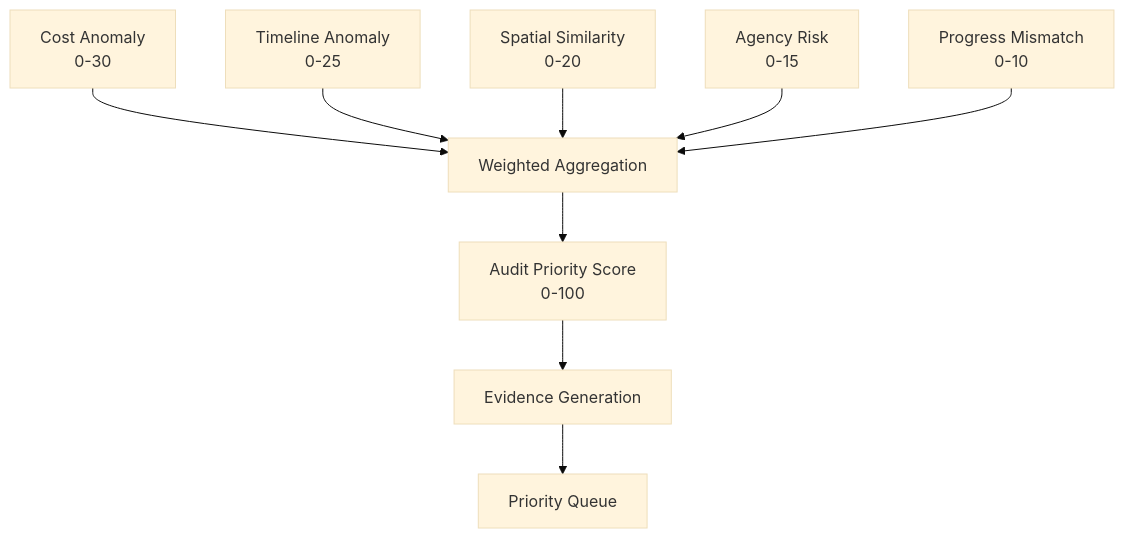
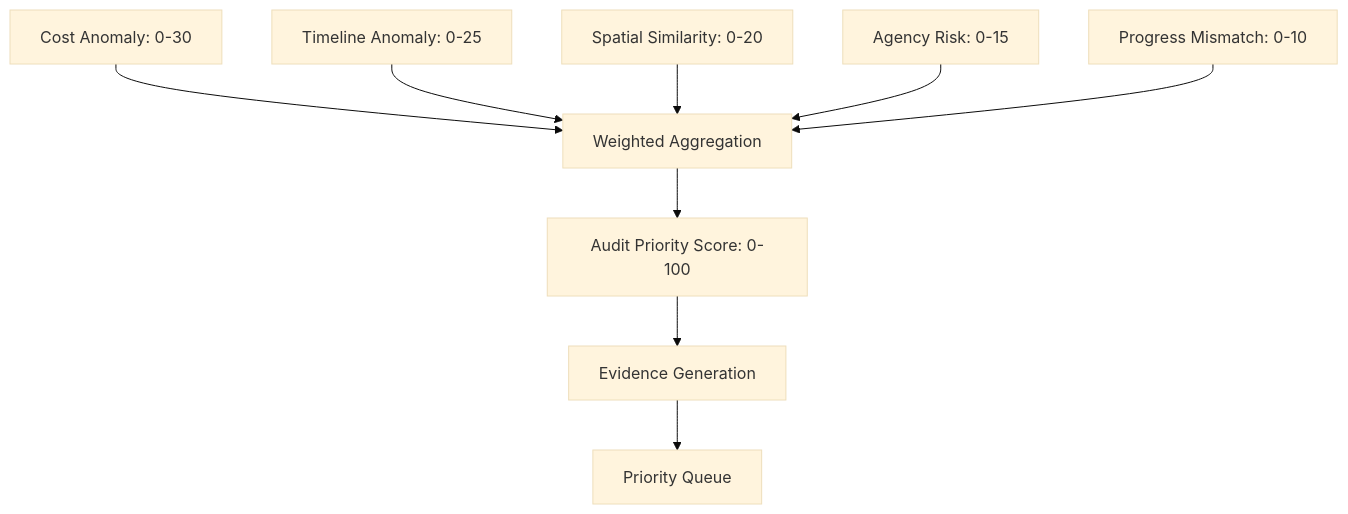
The second of 17 diagrams in README.md (the-nidhi-bhat/mplads-sentinel), drawn with Mermaid (base theme) before and after one commit. The commit also changed other lines of this file, not shown here.

````diff
--- a/README.md
+++ b/README.md
@@ -106,11 +106,11 @@
 ```mermaid
 flowchart TB
-    A["Cost Anomaly<br/>0-30"] --> F["Weighted Aggregation"]
-    B["Timeline Anomaly<br/>0-25"] --> F
-    C["Spatial Similarity<br/>0-20"] --> F
-    D["Agency Risk<br/>0-15"] --> F
-    E["Progress Mismatch<br/>0-10"] --> F
-    F --> G["Audit Priority Score<br/>0-100"]
+    A["Cost Anomaly: 0-30"] --> F["Weighted Aggregation"]
+    B["Timeline Anomaly: 0-25"] --> F
+    C["Spatial Similarity: 0-20"] --> F
+    D["Agency Risk: 0-15"] --> F
+    E["Progress Mismatch: 0-10"] --> F
+    F --> G["Audit Priority Score: 0-100"]
     G --> H["Evidence Generation"]
     H --> I["Priority Queue"]
 ```
````
